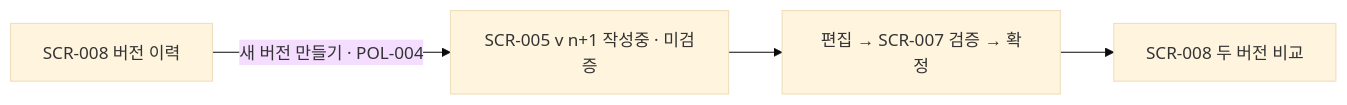
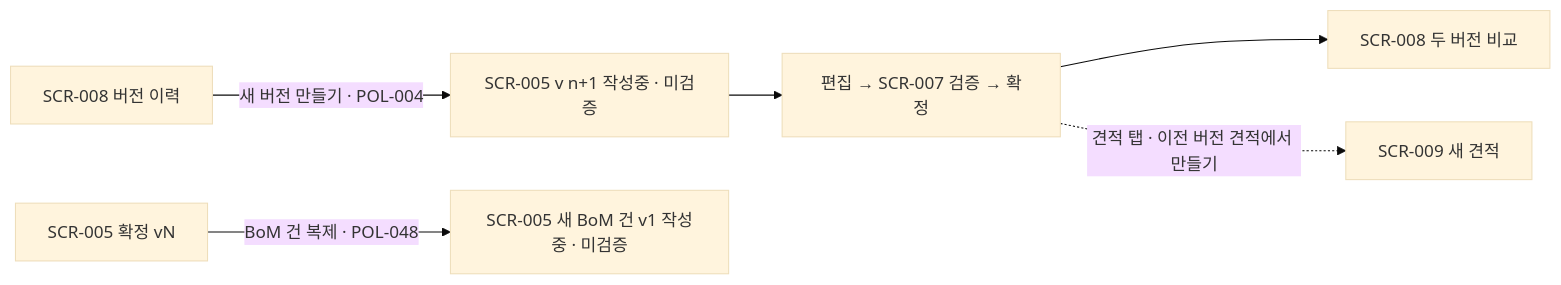
One commit to leoyun2010/planloop changed the fifth of 7 diagrams in projects/bom-auto/03-ia.md. Above: the diagram before and after it, drawn with Mermaid (base theme). The commit also changed other lines of this file and 37 other files, not shown here.

````diff
--- a/projects/bom-auto/03-ia.md
+++ b/projects/bom-auto/03-ia.md
@@ -110,6 +125,8 @@
 ```mermaid
 flowchart LR
     A[SCR-008 버전 이력] -->|새 버전 만들기 · POL-004| B[SCR-005 v n+1 작성중 · 미검증]
     B --> C[편집 → SCR-007 검증 → 확정]
     C --> D[SCR-008 두 버전 비교]
+    C -.견적 탭 · 이전 버전 견적에서 만들기.-> Q[SCR-009 새 견적]
+    E[SCR-005 확정 vN] -->|BoM 건 복제 · POL-048| F[SCR-005 새 BoM 건 v1 작성중 · 미검증]
 ```
````
